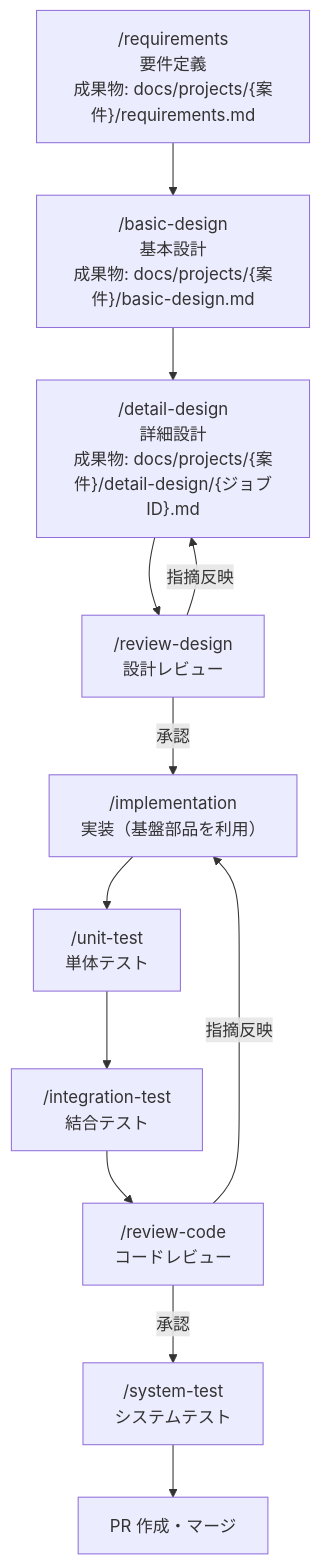
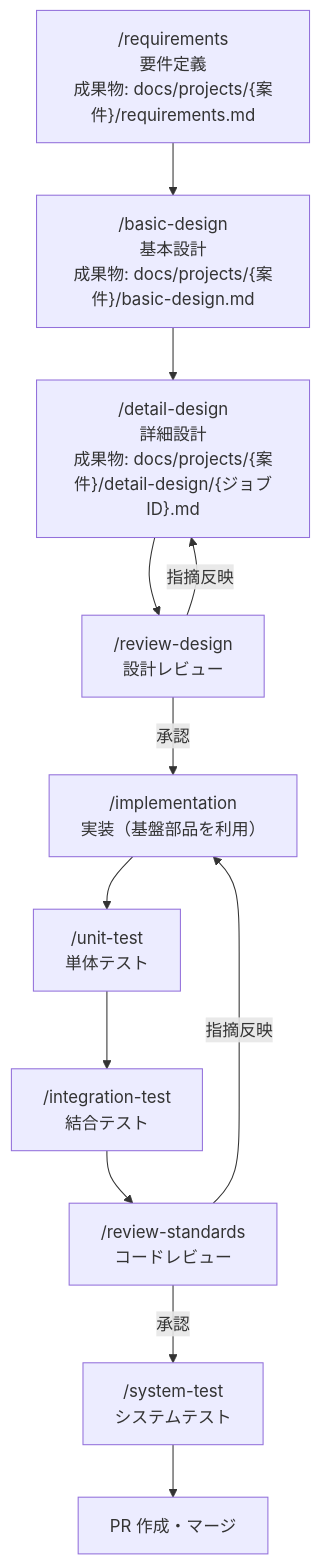
The first of 2 diagrams in docs/development-guide.md (nagashima-toru/spring-batch-ai-coding-samples), drawn with Mermaid before and after one commit. The commit also changed other lines of this file and 27 other files, not shown here.

First line of the commit message:
P-20261018-review-plan-level: Issue #78 レビュー工程の再設計（review-standards への改名と計画単位の /code-review への追従） (#83)

````diff
--- a/docs/development-guide.md
+++ b/docs/development-guide.md
@@ -75,21 +75,21 @@
 ```mermaid
 flowchart TD
     REQ["/requirements<br>要件定義<br>成果物: docs/projects/{案件}/requirements.md"]
     BD["/basic-design<br>基本設計<br>成果物: docs/projects/{案件}/basic-design.md"]
     DD["/detail-design<br>詳細設計<br>成果物: docs/projects/{案件}/detail-design/{ジョブID}.md"]
     RD["/review-design<br>設計レビュー"]
     IMPL["/implementation<br>実装（基盤部品を利用）"]
     UT["/unit-test<br>単体テスト"]
     IT["/integration-test<br>結合テスト"]
-    RC["/review-code<br>コードレビュー"]
+    RC["/review-standards<br>コードレビュー"]
     ST["/system-test<br>システムテスト"]
     PR[PR 作成・マージ]
 
     REQ --> BD --> DD --> RD
     RD -->|指摘反映| DD
     RD -->|承認| IMPL
     IMPL --> UT --> IT --> RC
     RC -->|指摘反映| IMPL
     RC -->|承認| ST
     ST --> PR
 ```
````
